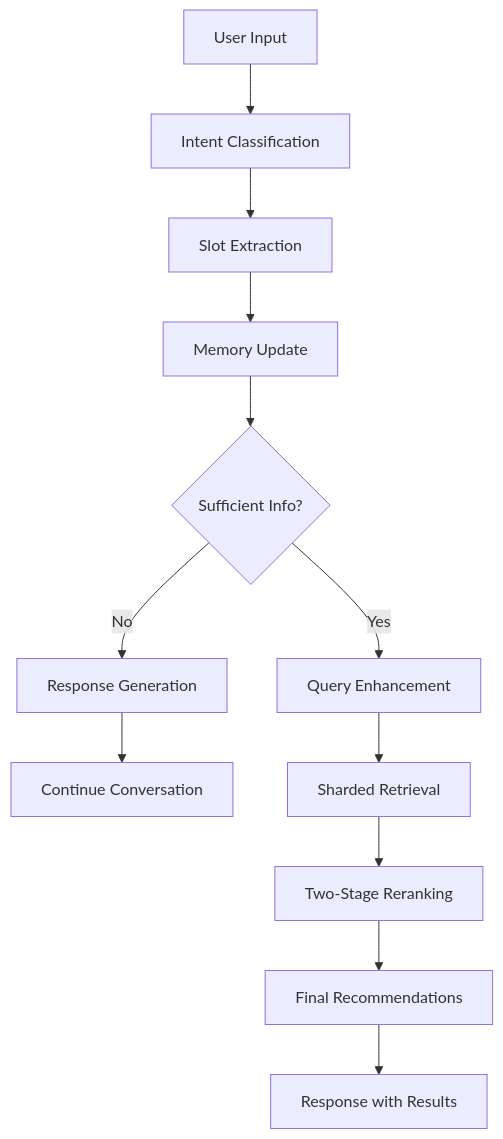
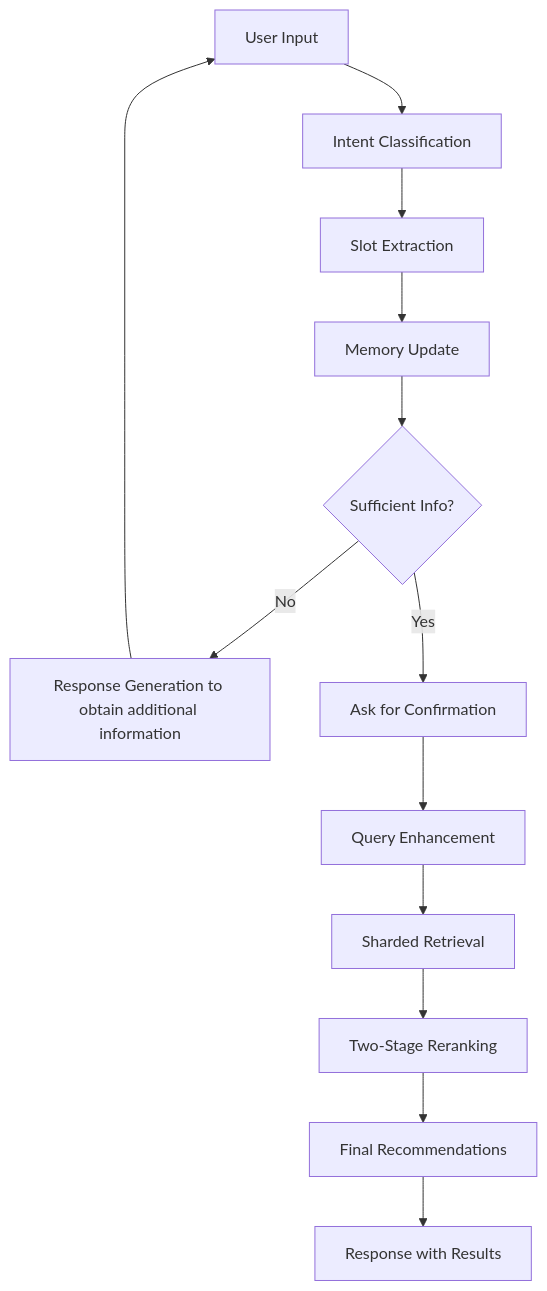
One commit to aguru-venkata-saisantosh-patnaik/AI_Food_Recommendation_Chatbot-Multi_Agent_RAG_System changed the diagram in README.md. Above: the diagram before and after it, drawn with Mermaid.

````diff
--- a/README.md
+++ b/README.md
@@ -505,14 +505,15 @@
 ```mermaid
 graph TD
     A[User Input] --> B[Intent Classification]
     B --> C[Slot Extraction]
     C --> D[Memory Update]
     D --> E{Sufficient Info?}
-    E -->|No| F[Response Generation]
-    F --> G[Continue Conversation]
-    E -->|Yes| H[Query Enhancement]
-    H --> I[Sharded Retrieval]
-    I --> J[Two-Stage Reranking]
-    J --> K[Final Recommendations]
-    K --> L[Response with Results]
+    E -->|No| F[Response Generation to obtain additional information]
+    F --> A
+    E -->|Yes| H[Ask for Confirmation]
+    H --> I[Query Enhancement]
+    I --> J[Sharded Retrieval]
+    J --> K[Two-Stage Reranking]
+    K --> L[Final Recommendations]
+    L --> M[Response with Results]
 ```
````
